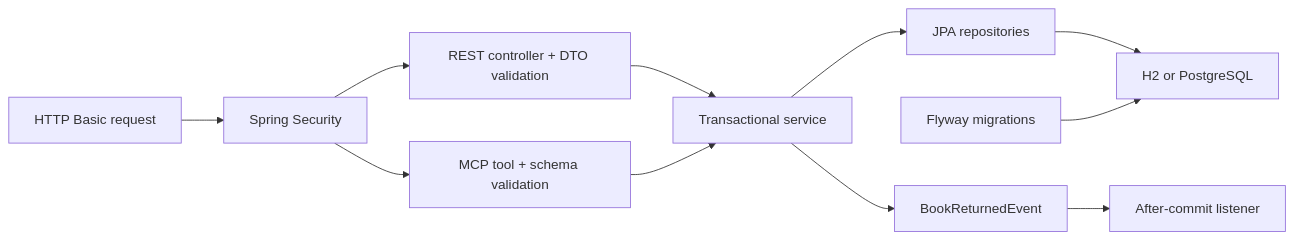
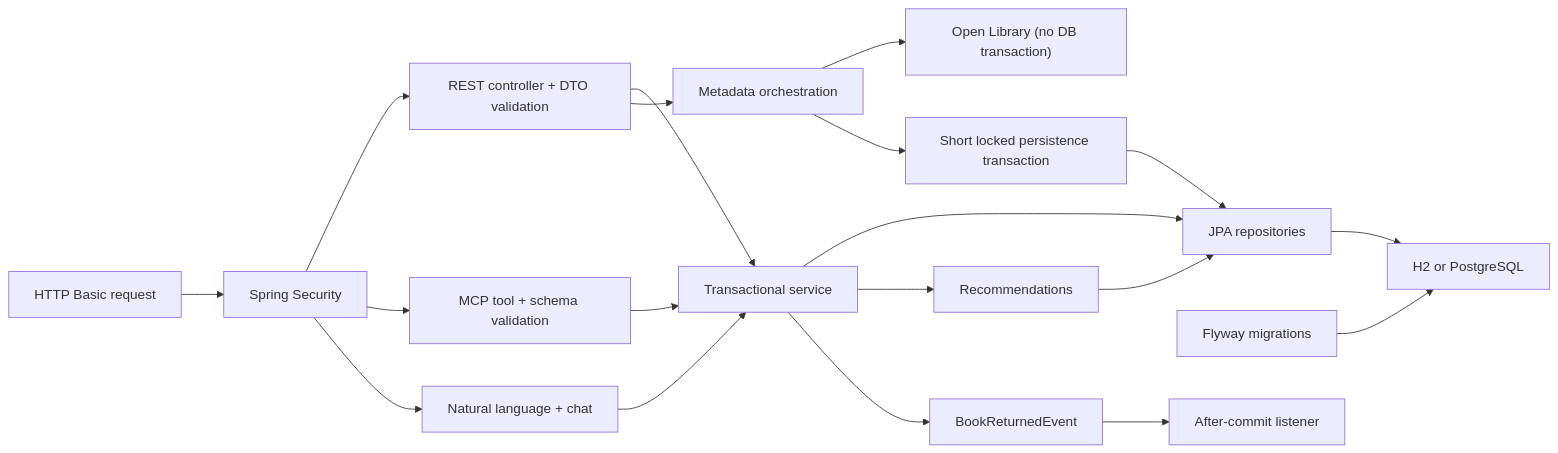
Before and after one commit to joaolpferreira/LibraryManagementSystem: the diagram in ROADMAP.md, drawn with Mermaid. The commit also changed other lines of this file and 64 other files, not shown here.

Commit message:
Natural Language Search and chat assistant API

````diff
--- a/ROADMAP.md
+++ b/ROADMAP.md
@@ -17,13 +17,21 @@
 ```mermaid
 flowchart LR
     A["HTTP Basic request"] --> B["Spring Security"]
     B --> C["REST controller + DTO validation"]
     B --> J["MCP tool + schema validation"]
+    B --> K["Natural language + chat"]
     C --> D["Transactional service"]
     J --> D
+    K --> D
     D --> E["JPA repositories"]
     E --> F["H2 or PostgreSQL"]
     G["Flyway migrations"] --> F
+    D --> L["Recommendations"]
+    L --> E
+    C --> N["Metadata orchestration"]
+    N --> M["Open Library (no DB transaction)"]
+    N --> P["Short locked persistence transaction"]
+    P --> E
     D --> H["BookReturnedEvent"]
     H --> I["After-commit listener"]
 ```
````
